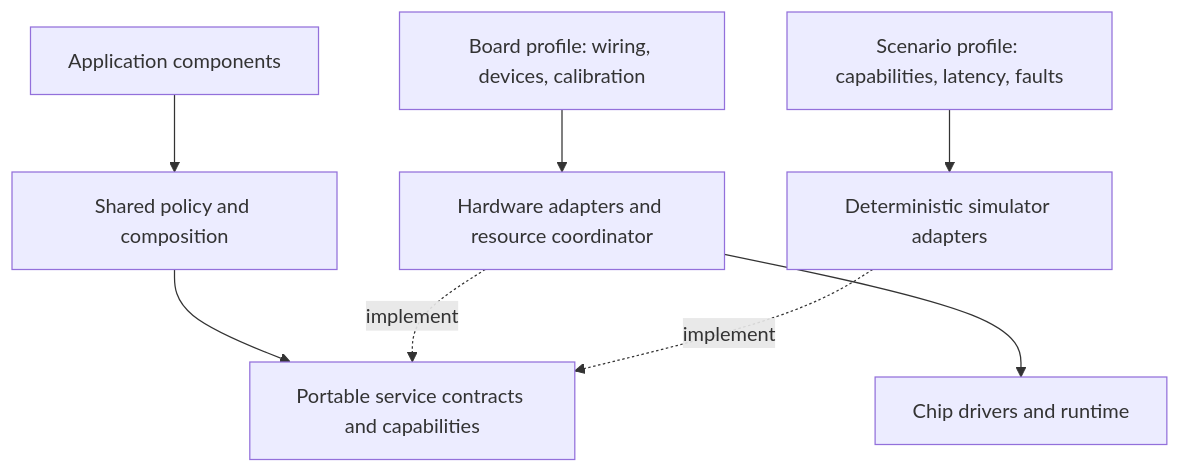
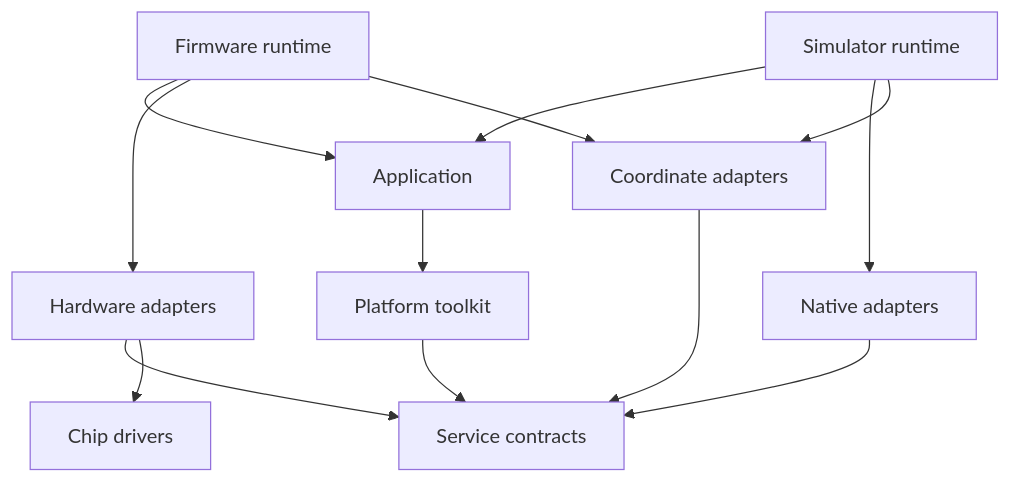
Before and after one commit to robarnold/paper-mesh-a: the diagram in docs/architecture.md, drawn with Mermaid. The commit also changed other lines of this file and 71 other files, not shown here.

First line of the commit message:
Separate the application from the platform toolkit

````diff
--- a/docs/architecture.md
+++ b/docs/architecture.md
@@ -23,10 +25,15 @@
 ```mermaid
 flowchart TD
-    App[Application components] --> Policy[Shared policy and composition]
-    Policy --> Contract[Portable service contracts and capabilities]
-    Hardware[Hardware adapters and resource coordinator] -. implement .-> Contract
-    Simulator[Deterministic simulator adapters] -. implement .-> Contract
-    Board[Board profile: wiring, devices, calibration] --> Hardware
-    Scenarios[Scenario profile: capabilities, latency, faults] --> Simulator
-    Hardware --> Drivers[Chip drivers and runtime]
+    Firmware[Firmware runtime] --> App[Application]
+    Simulation[Simulator runtime] --> App
+    App --> Toolkit[Platform toolkit]
+    Toolkit --> Contract[Service contracts]
+    Firmware --> Hardware[Hardware adapters]
+    Simulation --> Native[Native adapters]
+    Hardware --> Contract
+    Native --> Contract
+    Hardware --> Drivers[Chip drivers]
+    Firmware --> Transform[Coordinate adapters]
+    Simulation --> Transform
+    Transform --> Contract
 ```
````
